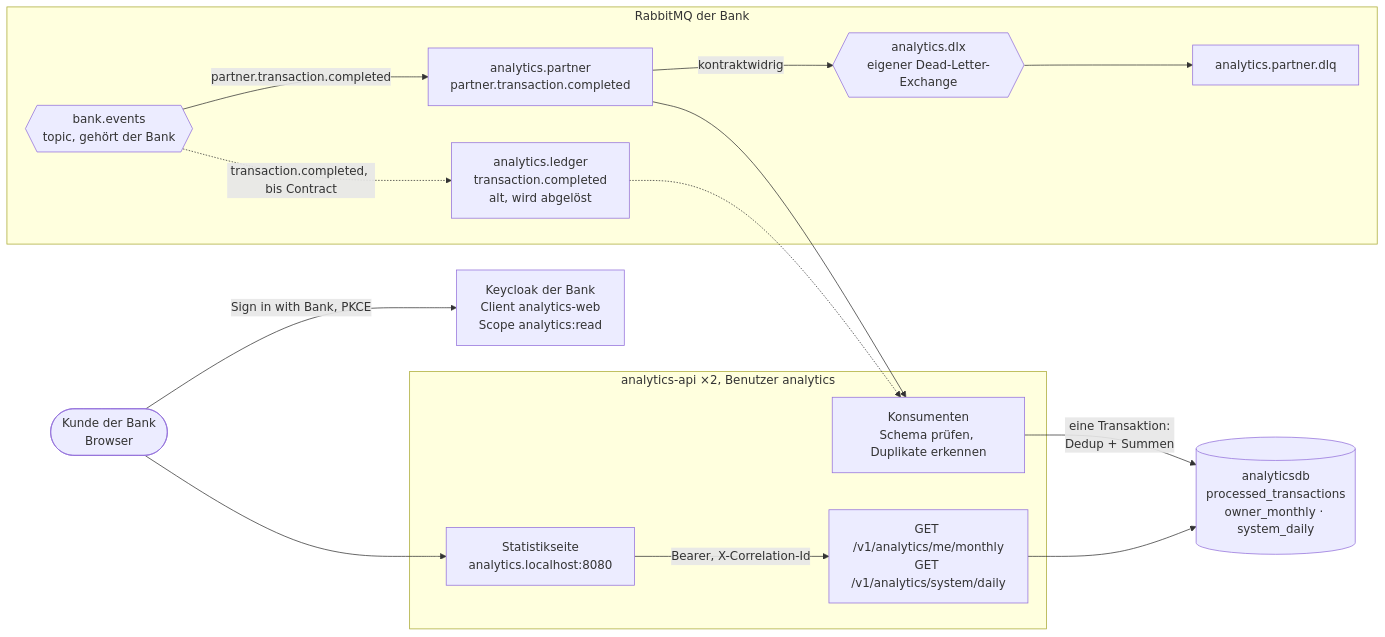
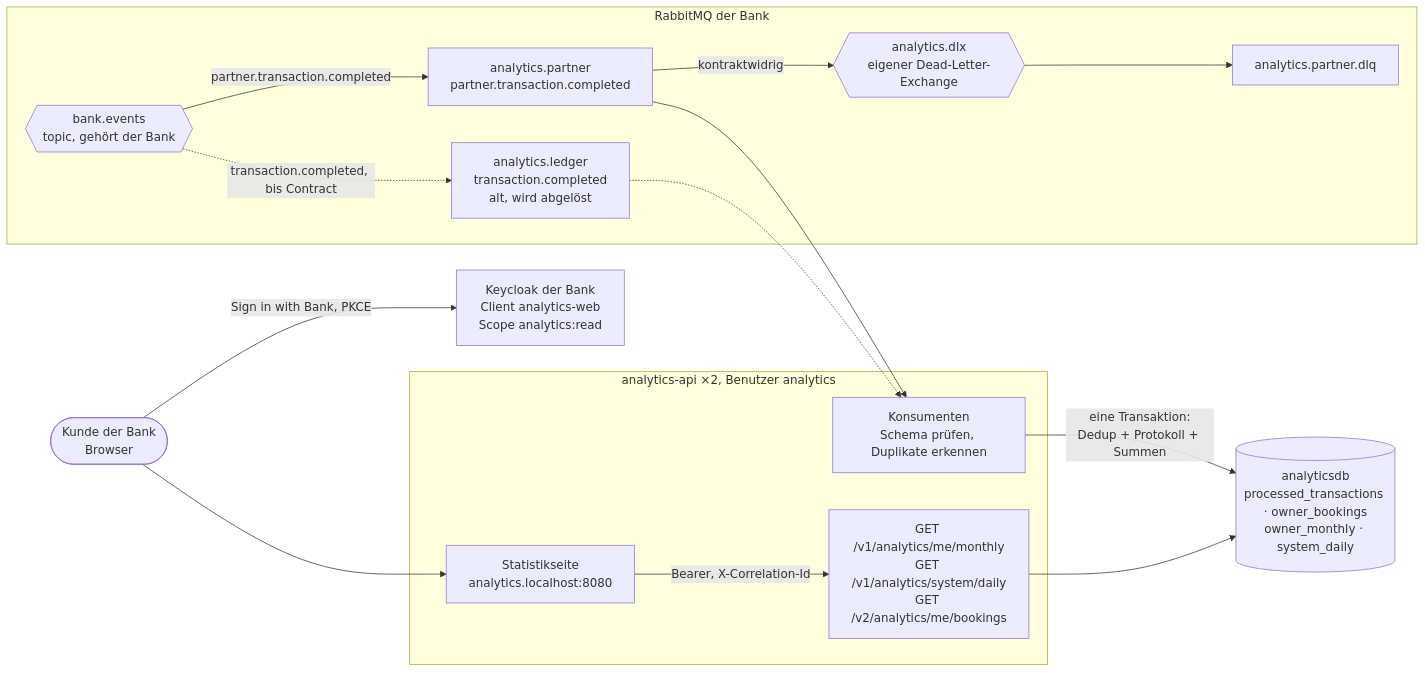
One commit to Leart165/321_leart changed the diagram in README.md. Above: the diagram before and after it, drawn with Mermaid. The commit also changed other lines of this file and 31 other files, not shown here.

````diff
--- a/README.md
+++ b/README.md
@@ -9,32 +9,32 @@
 ```mermaid
 flowchart LR
     kunde(["Kunde der Bank<br/>Browser"])
     kc["Keycloak der Bank<br/>Client analytics-web<br/>Scope analytics:read"]
 
     subgraph broker["RabbitMQ der Bank"]
         ex{{"bank.events<br/>topic, gehört der Bank"}}
         partner["analytics.partner<br/>partner.transaction.completed"]
         ledger["analytics.ledger<br/>transaction.completed<br/>alt, wird abgelöst"]
         dlx{{"analytics.dlx<br/>eigener Dead-Letter-Exchange"}}
         pdlq["analytics.partner.dlq"]
     end
 
     subgraph dienst["analytics-api ×2, Benutzer analytics"]
         consumer["Konsumenten<br/>Schema prüfen, Duplikate erkennen"]
-        api["GET /v1/analytics/me/monthly<br/>GET /v1/analytics/system/daily"]
+        api["GET /v1/analytics/me/monthly<br/>GET /v1/analytics/system/daily<br/>GET /v2/analytics/me/bookings"]
         web["Statistikseite<br/>analytics.localhost:8080"]
     end
 
-    db[("analyticsdb<br/>processed_transactions<br/>owner_monthly · system_daily")]
+    db[("analyticsdb<br/>processed_transactions · owner_bookings<br/>owner_monthly · system_daily")]
 
     ex -->|"partner.transaction.completed"| partner
     ex -.->|"transaction.completed, bis Contract"| ledger
     partner --> consumer
     ledger -.-> consumer
     partner -->|"kontraktwidrig"| dlx --> pdlq
-    consumer -->|"eine Transaktion:<br/>Dedup + Summen"| db
+    consumer -->|"eine Transaktion:<br/>Dedup + Protokoll + Summen"| db
     kunde -->|"Sign in with Bank, PKCE"| kc
     kunde --> web
     web -->|"Bearer, X-Correlation-Id"| api
     api --> db
 ```
````
